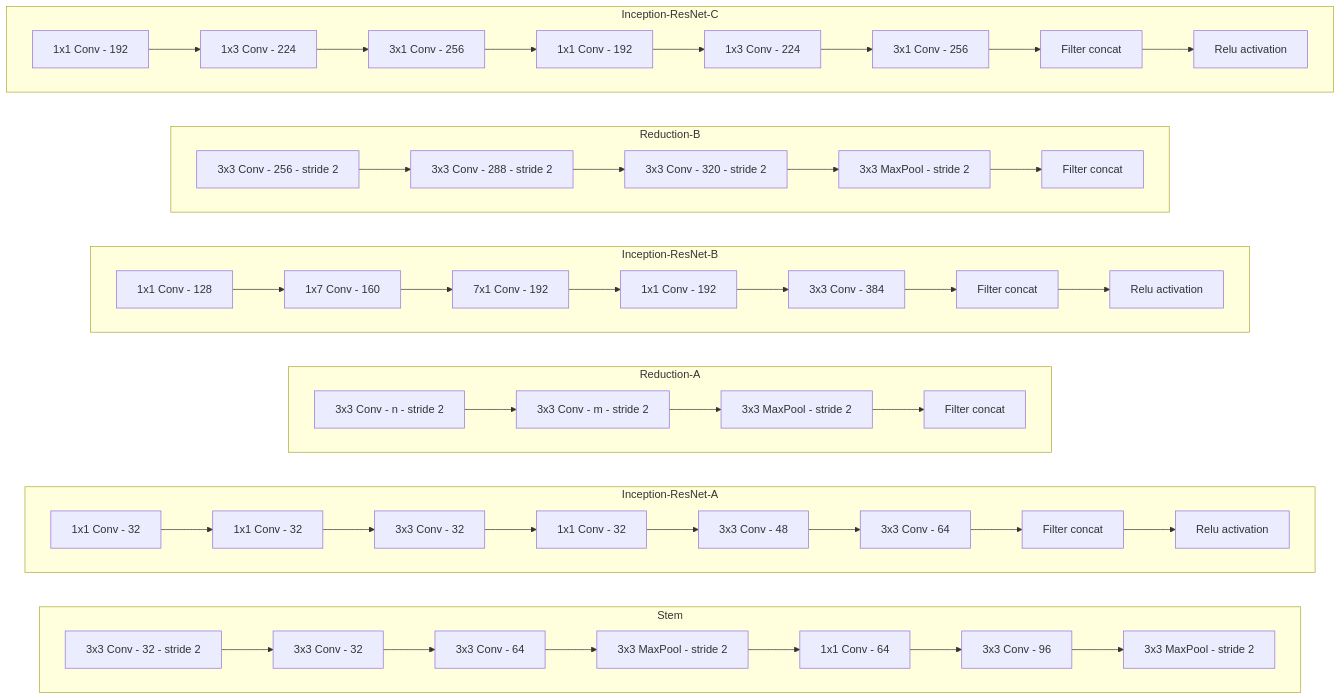
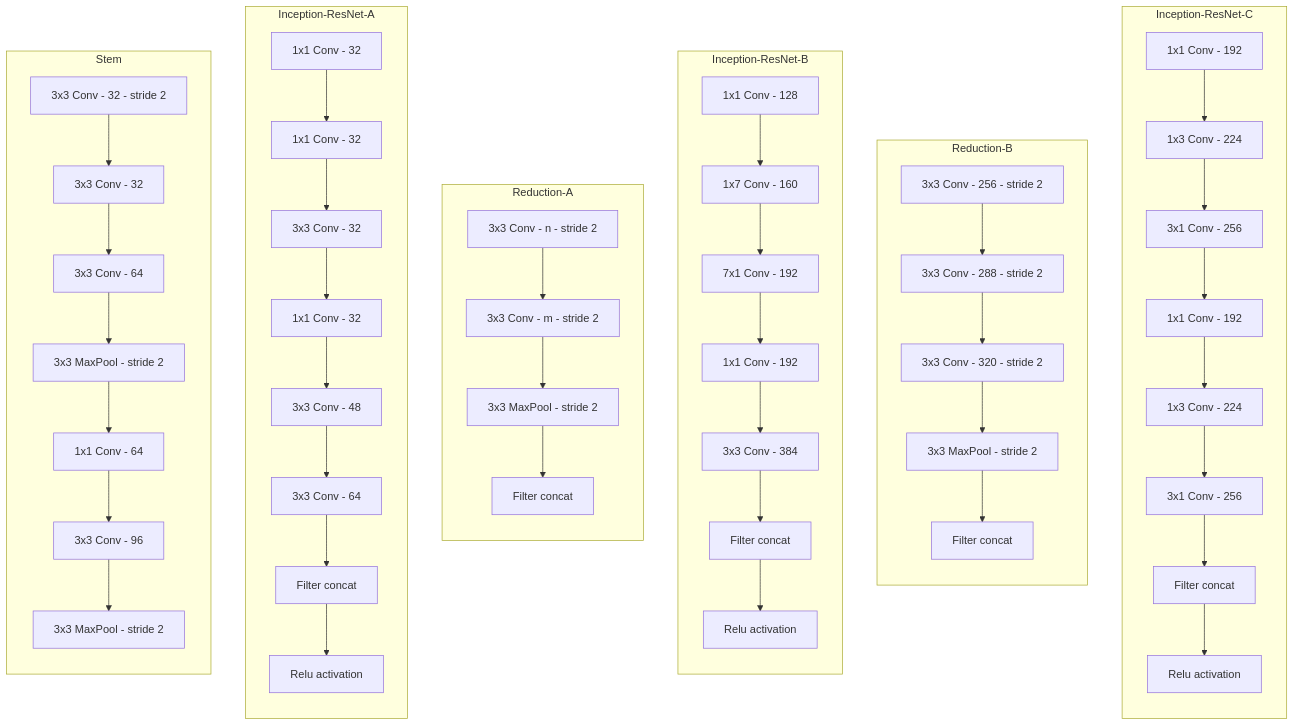
Before and after one commit to Quantum-Optics-LKB/xp2nlse-ml: the second of 3 diagrams in README.md, drawn with Mermaid. The commit also changed other lines of this file, not shown here.

Commit message:
good flow

````diff
--- a/README.md
+++ b/README.md
@@ -73,60 +73,57 @@
 ```mermaid
-graph LR
-    subgraph sub1["Stem"]
-        direction LR
-        B1[3x3 Conv - 32 - stride 2] --> B2[3x3 Conv - 32]
-        B2 --> B3[3x3 Conv - 64]
-        B3 --> B4[3x3 MaxPool - stride 2]
-        B4 --> B5[1x1 Conv - 64]
-        B5 --> B6[3x3 Conv - 96]
-        B6 --> B7[3x3 MaxPool - stride 2]
+graph TB
+    subgraph sub6["Inception-ResNet-C"]
+        direction TB
+        G1[1x1 Conv - 192] --> G2[1x3 Conv - 224]
+        G2 --> G3[3x1 Conv - 256]
+        G3 --> G4[1x1 Conv - 192]
+        G4 --> G5[1x3 Conv - 224]
+        G5 --> G6[3x1 Conv - 256]
+        G6 --> G7[Filter concat]
+        G7 --> G8[Relu activation]
     end
-
+    subgraph sub5["Reduction-B"]
+        direction TB
+        F1[3x3 Conv - 256 - stride 2] --> F2[3x3 Conv - 288 - stride 2]
+        F2 --> F3[3x3 Conv - 320 - stride 2]
+        F3 --> F4[3x3 MaxPool - stride 2]
+        F4 --> F5[Filter concat]
+    end
+    subgraph sub4["Inception-ResNet-B"]
+        direction TB
+        E1[1x1 Conv - 128] --> E2[1x7 Conv - 160]
+        E2 --> E3[7x1 Conv - 192]
+        E3 --> E4[1x1 Conv - 192]
+        E4 --> E5[3x3 Conv - 384]
+        E5 --> E6[Filter concat]
+        E6 --> E7[Relu activation]
+    end
+    subgraph sub3["Reduction-A"]
+        direction TB
+        D1[3x3 Conv - n - stride 2] --> D2[3x3 Conv - m - stride 2]
+        D2 --> D3[3x3 MaxPool - stride 2]
+        D3 --> D4[Filter concat]
+    end
     subgraph sub2["Inception-ResNet-A"]
-        direction LR
+        direction TB
         C1[1x1 Conv - 32] --> C2[1x1 Conv - 32]
         C2 --> C3[3x3 Conv - 32]
         C3 --> C4[1x1 Conv - 32]
         C4 --> C5[3x3 Conv - 48]
         C5 --> C6[3x3 Conv - 64]
         C6 --> C7[Filter concat]
         C7 --> C8[Relu activation]
     end
+    subgraph sub1["Stem"]
+        direction TB
+        B1[3x3 Conv - 32 - stride 2] --> B2[3x3 Conv - 32]
+        B2 --> B3[3x3 Conv - 64]
+        B3 --> B4[3x3 MaxPool - stride 2]
+        B4 --> B5[1x1 Conv - 64]
+        B5 --> B6[3x3 Conv - 96]
+        B6 --> B7[3x3 MaxPool - stride 2]
+    end
+    
 
-    subgraph sub3["Reduction-A"]
-        direction LR
-        D1[3x3 Conv - n - stride 2] --> D2[3x3 Conv - m - stride 2]
-        D2 --> D3[3x3 MaxPool - stride 2]
-        D3 --> D4[Filter concat]
-    end
-
-    subgraph sub4["Inception-ResNet-B"]
-        direction LR
-        E1[1x1 Conv - 128] --> E2[1x7 Conv - 160]
-        E2 --> E3[7x1 Conv - 192]
-        E3 --> E4[1x1 Conv - 192]
-        E4 --> E5[3x3 Conv - 384]
-        E5 --> E6[Filter concat]
-        E6 --> E7[Relu activation]
-    end
-
-    subgraph sub5["Reduction-B"]
-        direction LR
-        F1[3x3 Conv - 256 - stride 2] --> F2[3x3 Conv - 288 - stride 2]
-        F2 --> F3[3x3 Conv - 320 - stride 2]
-        F3 --> F4[3x3 MaxPool - stride 2]
-        F4 --> F5[Filter concat]
-    end
-
-    subgraph sub6["Inception-ResNet-C"]
-        direction LR
-        G1[1x1 Conv - 192] --> G2[1x3 Conv - 224]
-        G2 --> G3[3x1 Conv - 256]
-        G3 --> G4[1x1 Conv - 192]
-        G4 --> G5[1x3 Conv - 224]
-        G5 --> G6[3x1 Conv - 256]
-        G6 --> G7[Filter concat]
-        G7 --> G8[Relu activation]
-    end
-
+    
 ```
````
